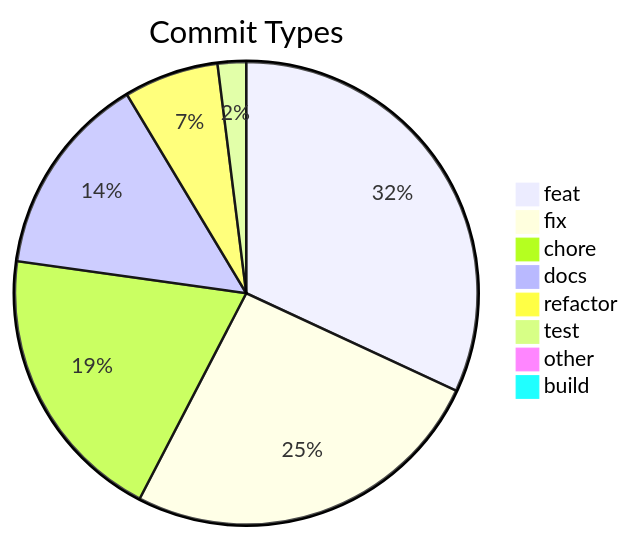
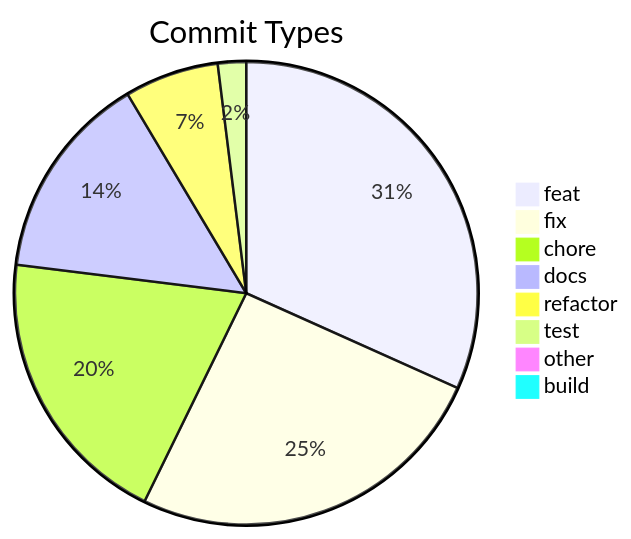
Before and after one commit to svenroth-ai/shipwright: the diagram in .shipwright/compliance/change-history.md, drawn with Mermaid. The commit also changed other lines of this file and 15 other files, not shown here.

````diff
--- a/.shipwright/compliance/change-history.md
+++ b/.shipwright/compliance/change-history.md
@@ -8,11 +8,11 @@
 ```mermaid
 pie title Commit Types
     "feat" : 241
     "fix" : 194
-    "chore" : 148
-    "docs" : 107
+    "chore" : 150
+    "docs" : 110
     "refactor" : 50
     "test" : 15
     "other" : 7
     "build" : 1
 ```
````
